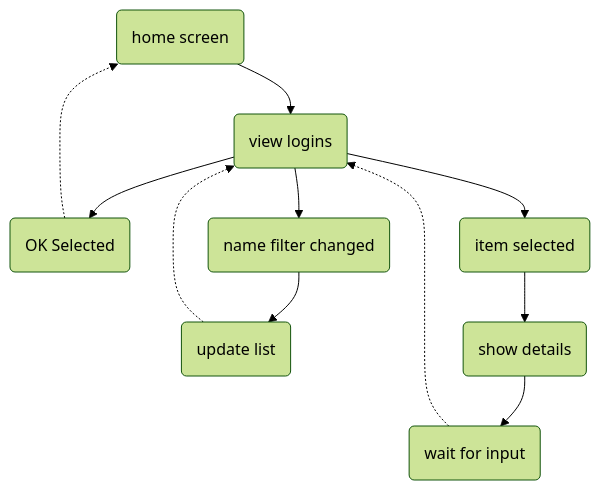
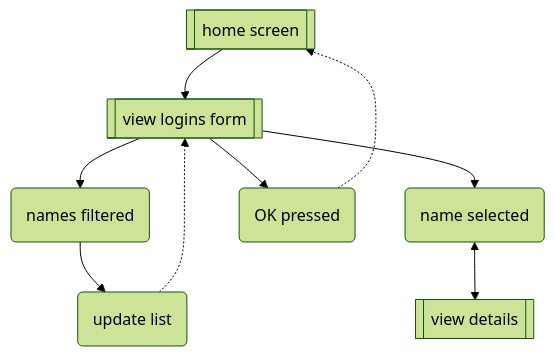
Before and after one commit to pxp888/passcodes: the fourth of 4 diagrams in README.md, drawn with Mermaid (forest theme). The commit also changed other lines of this file and 1 other file, not shown here.

```diff
--- a/README.md
+++ b/README.md
@@ -96,8 +124,12 @@
 ~~~mermaid
 graph TD
-hs(home screen)-->vl(view logins)
+hs[[home screen]]
+vl[[view logins form]]
 
-vl-->ok(OK Selected)-.->hs
-vl-->nc(name filter changed)-->up(update list)-.->vl
-vl-->is(item selected)-->sd(show details)-->wt(wait for input)-.->vl
+nf(names filtered)
+hs-->vl
+vl-->nf-->ul1(update list)-.->vl
+
+vl-->ns(name selected)<-->sd[[view details]]
+vl-->ok(OK pressed)-.->hs
 ~~~
```
